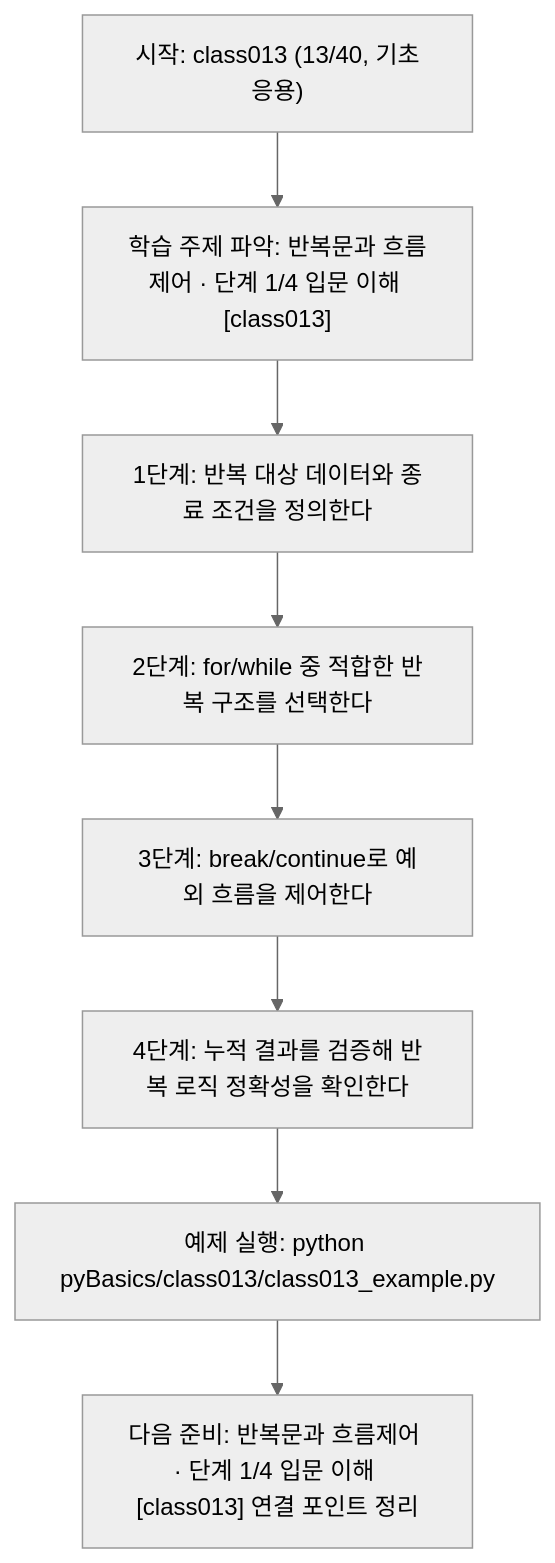
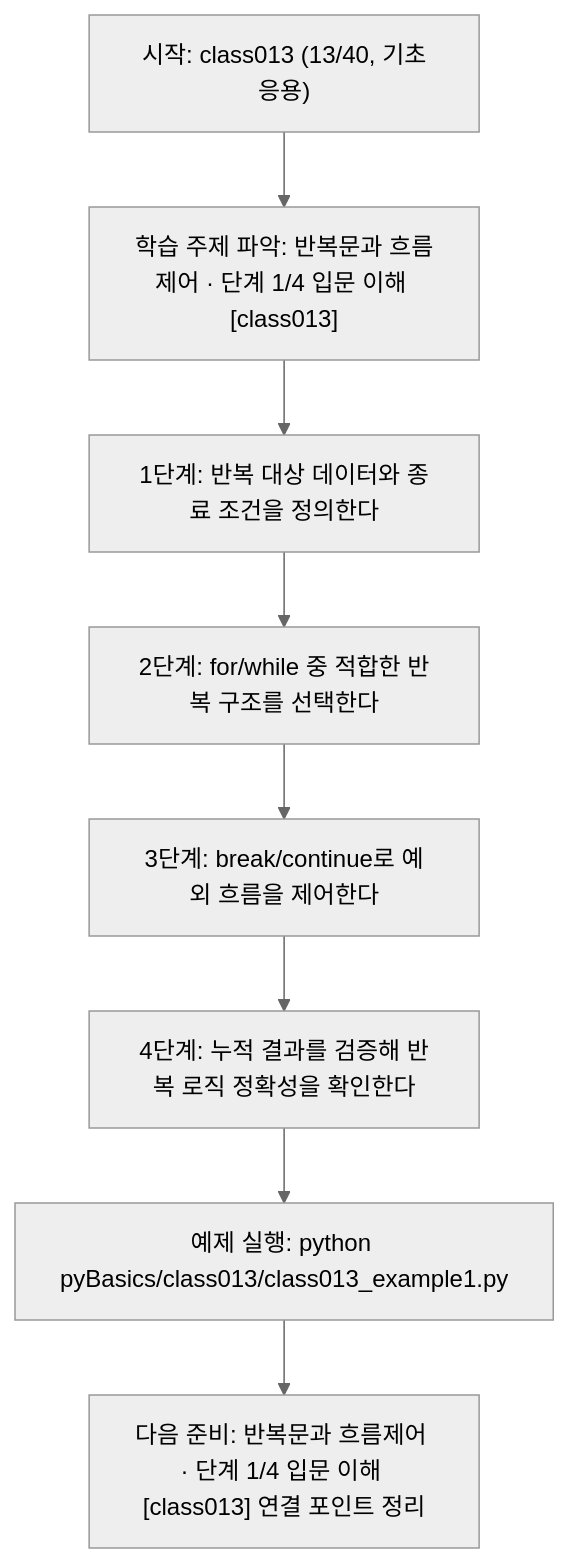
The diagram in pyBasics/class013/class013.md (edumgt/Python-AI_Agent-Class), drawn with Mermaid (neutral theme) before and after one commit. The commit also changed other lines of this file and 2959 other files, not shown here.

````diff
--- a/pyBasics/class013/class013.md
+++ b/pyBasics/class013/class013.md
@@ -109,18 +109,18 @@
 ```mermaid
 flowchart TD
 N1["시작: class013 (13/40, 기초응용)"]
 N2["학습 주제 파악: 반복문과 흐름제어 · 단계 1/4 입문 이해 [class013]"]
 N3["1단계: 반복 대상 데이터와 종료 조건을 정의한다"]
 N4["2단계: for/while 중 적합한 반복 구조를 선택한다"]
 N5["3단계: break/continue로 예외 흐름을 제어한다"]
 N6["4단계: 누적 결과를 검증해 반복 로직 정확성을 확인한다"]
-N7["예제 실행: python pyBasics/class013/class013_example.py"]
+N7["예제 실행: python pyBasics/class013/class013_example1.py"]
 N8["다음 준비: 반복문과 흐름제어 · 단계 1/4 입문 이해 [class013] 연결 포인트 정리"]
 N1 --> N2
 N2 --> N3
 N3 --> N4
 N4 --> N5
 N5 --> N6
 N6 --> N7
 N7 --> N8
 ```
````
